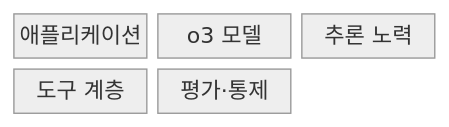
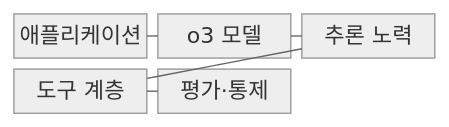
The first of 2 diagrams in src/content/docs/notes/08-latest-tech/042_o3_reasoning_model.md (agnusdei1207/knowledge-base), drawn with Mermaid (neutral theme) before and after one commit. The commit also changed other lines of this file and 228 other files, not shown here.

````diff
--- a/src/content/docs/notes/08-latest-tech/042_o3_reasoning_model.md
+++ b/src/content/docs/notes/08-latest-tech/042_o3_reasoning_model.md
@@ -49,9 +49,13 @@
 ```mermaid
 block-beta
     columns 3
     A["애플리케이션"]
     O["o3 모델"]
     E["추론 노력"]
     T["도구 계층"]
     G["평가·통제"]
+    A --- O
+    O --- E
+    E --- T
+    T --- G
 ```
````
